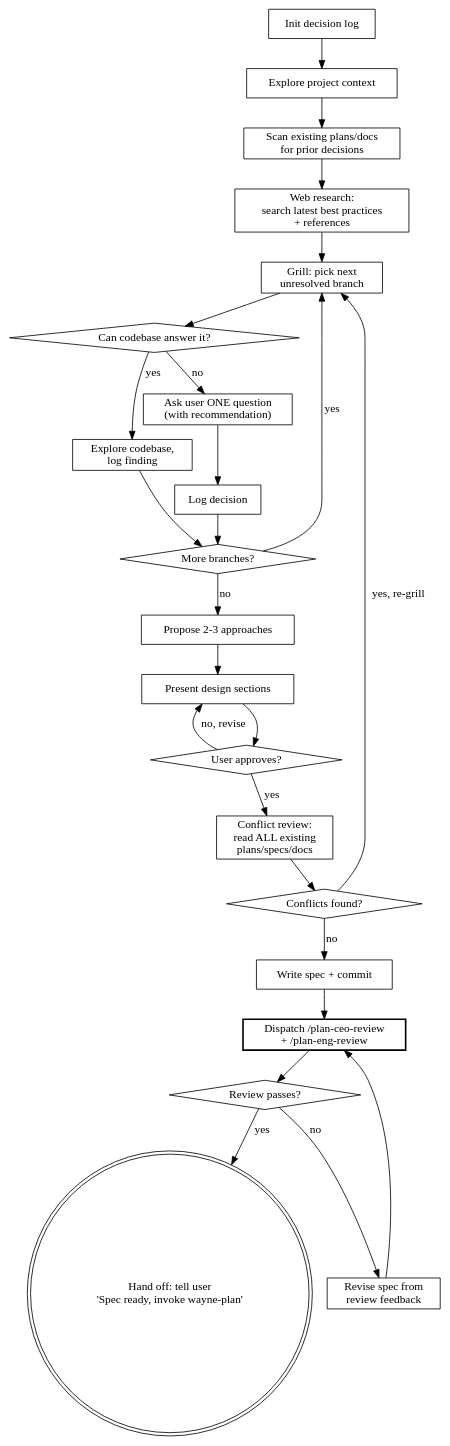
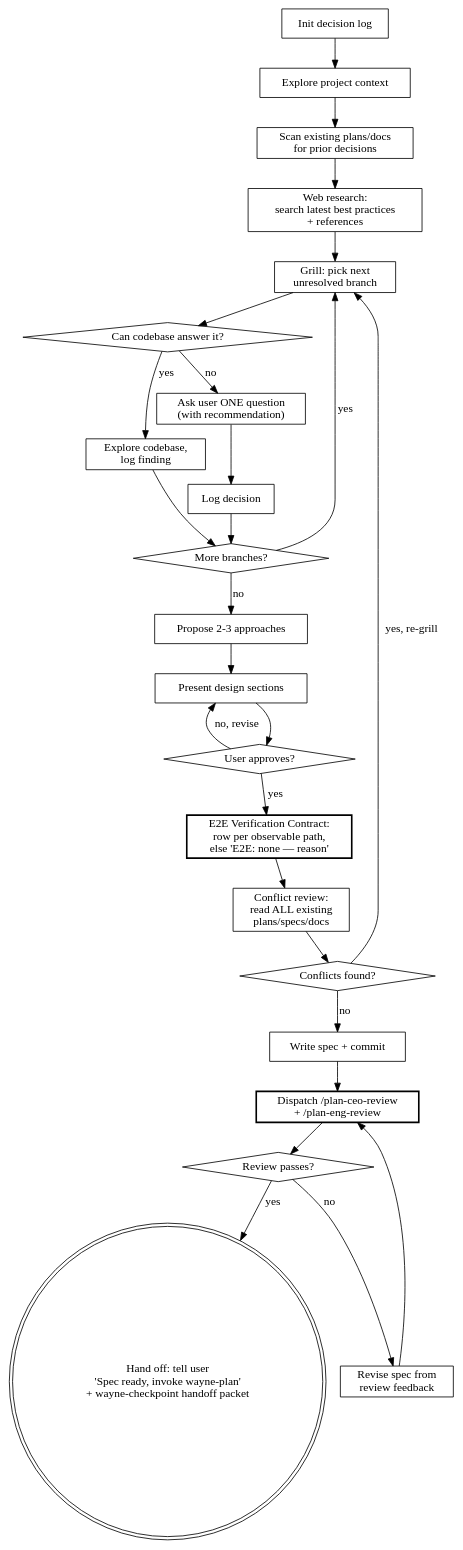
Before and after one commit to waynejing995/wayne-taste: the diagram in wayne-mind-explode/SKILL.md, drawn with Graphviz. The commit also changed other lines of this file and 11 other files, not shown here.

First line of the commit message:
feat: add E2E verification contract + handoff protocol to wayne pipeline

````diff
--- a/wayne-mind-explode/SKILL.md
+++ b/wayne-mind-explode/SKILL.md
@@ -82,51 +83,53 @@
 ```dot
 digraph brainstorming {
     rankdir=TB;
 
     "Init decision log" [shape=box];
     "Explore project context" [shape=box];
     "Scan existing plans/docs\nfor prior decisions" [shape=box];
     "Grill: pick next\nunresolved branch" [shape=box];
     "Can codebase answer it?" [shape=diamond];
     "Explore codebase,\nlog finding" [shape=box];
     "Ask user ONE question\n(with recommendation)" [shape=box];
     "Log decision" [shape=box];
     "More branches?" [shape=diamond];
     "Propose 2-3 approaches" [shape=box];
     "Present design sections" [shape=box];
     "User approves?" [shape=diamond];
+    "E2E Verification Contract:\nrow per observable path,\nelse 'E2E: none — reason'" [shape=box, style=bold];
     "Conflict review:\nread ALL existing\nplans/specs/docs" [shape=box];
     "Conflicts found?" [shape=diamond];
     "Write spec + commit" [shape=box];
     "Dispatch /plan-ceo-review\n+ /plan-eng-review" [shape=box, style=bold];
     "Review passes?" [shape=diamond];
     "Revise spec from\nreview feedback" [shape=box];
-    "Hand off: tell user\n'Spec ready, invoke wayne-plan'" [shape=doublecircle];
+    "Hand off: tell user\n'Spec ready, invoke wayne-plan'\n+ wayne-checkpoint handoff packet" [shape=doublecircle];
 
     "Web research:\nsearch latest best practices\n+ references" [shape=box];
 
     "Init decision log" -> "Explore project context";
     "Explore project context" -> "Scan existing plans/docs\nfor prior decisions";
     "Scan existing plans/docs\nfor prior decisions" -> "Web research:\nsearch latest best practices\n+ references";
     "Web research:\nsearch latest best practices\n+ references" -> "Grill: pick next\nunresolved branch";
     "Grill: pick next\nunresolved branch" -> "Can codebase answer it?";
     "Can codebase answer it?" -> "Explore codebase,\nlog finding" [label="yes"];
     "Can codebase answer it?" -> "Ask user ONE question\n(with recommendation)" [label="no"];
     "Explore codebase,\nlog finding" -> "More branches?";
     "Ask user ONE question\n(with recommendation)" -> "Log decision" -> "More branches?";
     "More branches?" -> "Grill: pick next\nunresolved branch" [label="yes"];
     "More branches?" -> "Propose 2-3 approaches" [label="no"];
     "Propose 2-3 approaches" -> "Present design sections";
     "Present design sections" -> "User approves?";
     "User approves?" -> "Present design sections" [label="no, revise"];
-    "User approves?" -> "Conflict review:\nread ALL existing\nplans/specs/docs" [label="yes"];
+    "User approves?" -> "E2E Verification Contract:\nrow per observable path,\nelse 'E2E: none — reason'" [label="yes"];
+    "E2E Verification Contract:\nrow per observable path,\nelse 'E2E: none — reason'" -> "Conflict review:\nread ALL existing\nplans/specs/docs";
     "Conflict review:\nread ALL existing\nplans/specs/docs" -> "Conflicts found?";
     "Conflicts found?" -> "Grill: pick next\nunresolved branch" [label="yes, re-grill"];
     "Conflicts found?" -> "Write spec + commit" [label="no"];
     "Write spec + commit" -> "Dispatch /plan-ceo-review\n+ /plan-eng-review";
     "Dispatch /plan-ceo-review\n+ /plan-eng-review" -> "Review passes?";
-    "Review passes?" -> "Hand off: tell user\n'Spec ready, invoke wayne-plan'" [label="yes"];
+    "Review passes?" -> "Hand off: tell user\n'Spec ready, invoke wayne-plan'\n+ wayne-checkpoint handoff packet" [label="yes"];
     "Review passes?" -> "Revise spec from\nreview feedback" [label="no"];
     "Revise spec from\nreview feedback" -> "Dispatch /plan-ceo-review\n+ /plan-eng-review";
 }
 ```
````
